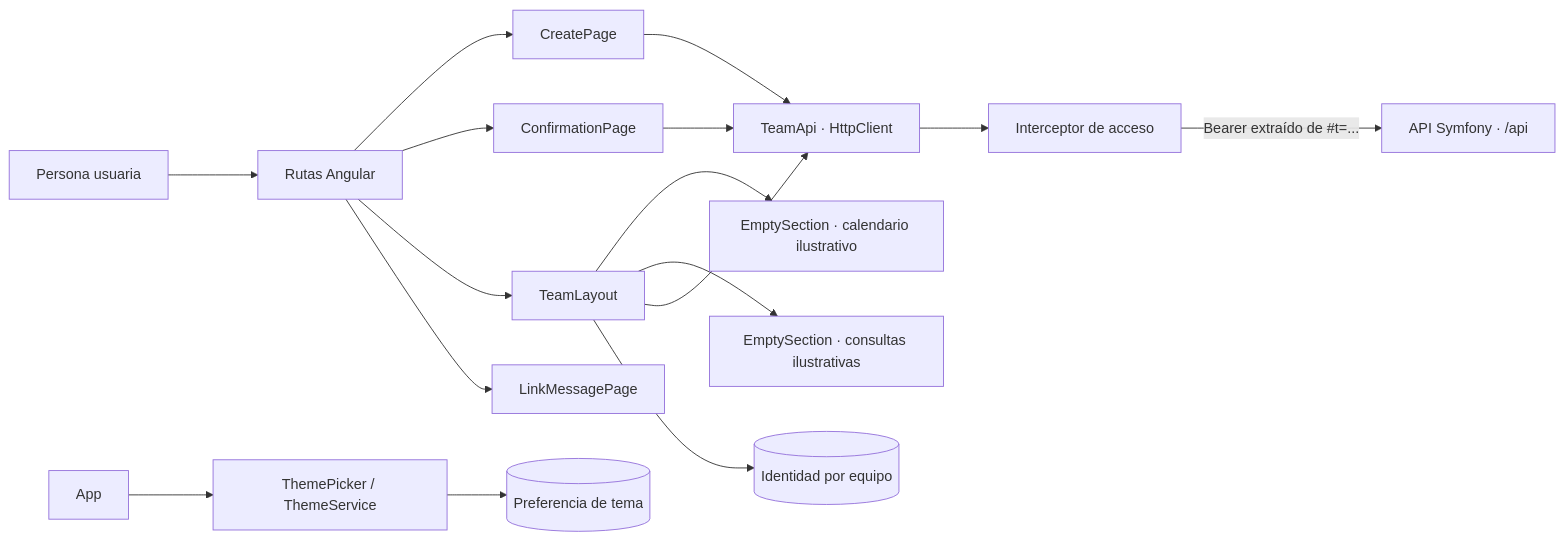
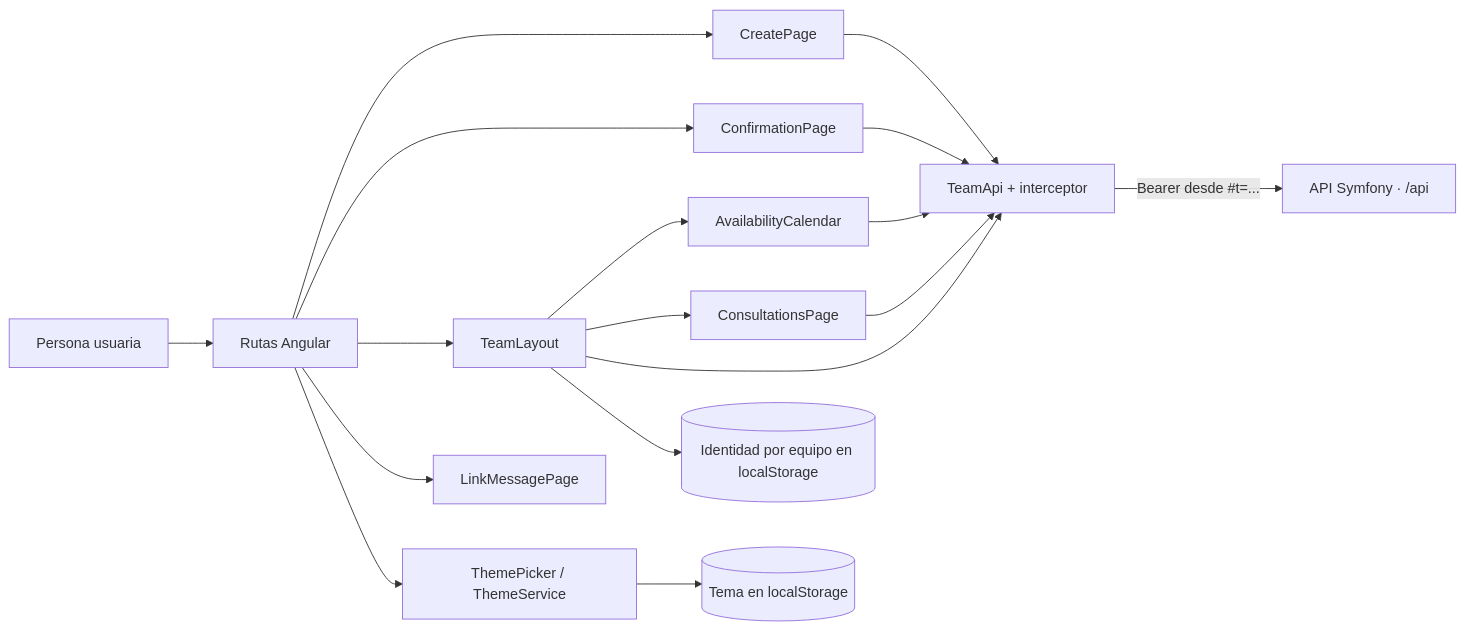
Before and after one commit to franciscoferrandez/SynqoApp: the first of 2 diagrams in doc/architecture/web.md, drawn with Mermaid. The commit also changed other lines of this file and 7 other files, not shown here.

````diff
--- a/doc/architecture/web.md
+++ b/doc/architecture/web.md
@@ -5,20 +5,19 @@
 ```mermaid
 flowchart LR
     Person[Persona usuaria] --> Routes[Rutas Angular]
     Routes --> Create[CreatePage]
     Routes --> Confirm[ConfirmationPage]
     Routes --> Team[TeamLayout]
-    Team --> Calendar[EmptySection · calendario ilustrativo]
-    Team --> Polls[EmptySection · consultas ilustrativas]
     Routes --> LinkState[LinkMessagePage]
-
-    Create --> TeamApi[TeamApi · HttpClient]
-    Confirm --> TeamApi
-    Team --> TeamApi
-    TeamApi --> Interceptor[Interceptor de acceso]
-    Interceptor -->|Bearer extraído de #t=...| API[API Symfony · /api]
-
-    App[App] --> Theme[ThemePicker / ThemeService]
-    Theme --> LocalStorage[(Preferencia de tema)]
-    Team --> LocalIdentity[(Identidad por equipo)]
+    Team --> Calendar[AvailabilityCalendar]
+    Team --> Consultations[ConsultationsPage]
+    Calendar --> Client[TeamApi + interceptor]
+    Consultations --> Client
+    Create --> Client
+    Confirm --> Client
+    Team --> Client
+    Client -->|Bearer desde #t=...| API[API Symfony · /api]
+    Team --> Identity[(Identidad por equipo en localStorage)]
+    Routes --> Theme[ThemePicker / ThemeService]
+    Theme --> Preference[(Tema en localStorage)]
 ```
````
